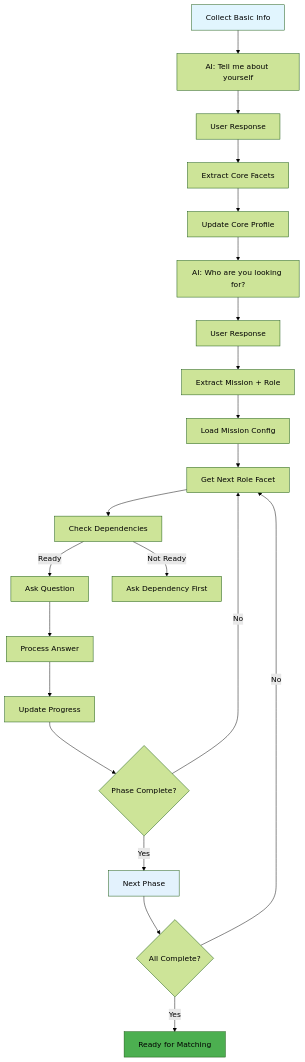
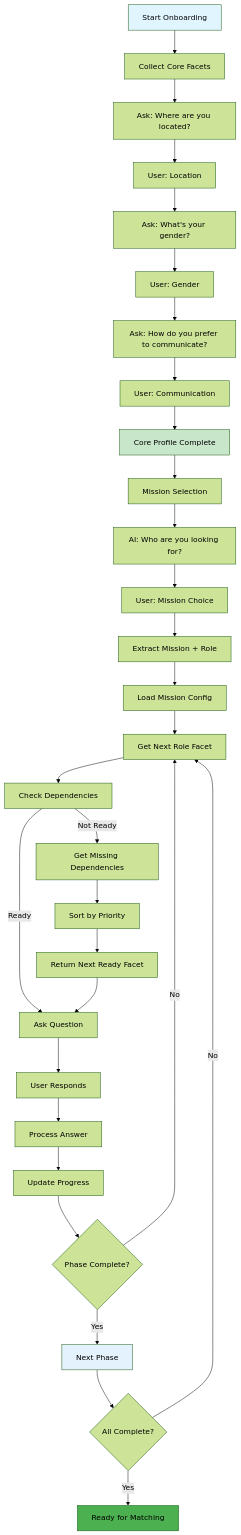
The second of 7 diagrams in README.md (bilalAIDeveloper/new-feat-test), drawn with Mermaid (forest theme) before and after one commit. The commit also changed other lines of this file, not shown here.

````diff
--- a/README.md
+++ b/README.md
@@ -20,27 +20,40 @@
 ```mermaid
 graph TD
-    A[Collect Basic Info] --> B[AI: Tell me about yourself]
-    B --> C[User Response]
-    C --> D[Extract Core Facets]
-    D --> E[Update Core Profile]
-    E --> F[AI: Who are you looking for?]
-    F --> G[User Response]
-    G --> H[Extract Mission + Role]
-    H --> I[Load Mission Config]
-    I --> J[Get Next Role Facet]
-    J --> K[Check Dependencies]
-    K -->|Ready| L[Ask Question]
-    K -->|Not Ready| M[Ask Dependency First]
-    L --> N[Process Answer]
-    N --> O[Update Progress]
-    O --> P{Phase Complete?}
-    P -->|Yes| Q[Next Phase]
-    P -->|No| J
-    Q --> R{All Complete?}
-    R -->|Yes| S[Ready for Matching]
-    R -->|No| J
+    A[Start Onboarding] --> B[Collect Core Facets]
+    B --> C[Ask: Where are you located?]
+    C --> D[User: Location]
+    D --> E[Ask: What's your gender?]
+    E --> F[User: Gender]
+    F --> G[Ask: How do you prefer to communicate?]
+    G --> H[User: Communication]
+    H --> I[Core Profile Complete]
+    
+    I --> J[Mission Selection]
+    J --> K[AI: Who are you looking for?]
+    K --> L[User: Mission Choice]
+    L --> M[Extract Mission + Role]
+    M --> N[Load Mission Config]
+    
+    N --> O[Get Next Role Facet]
+    O --> P[Check Dependencies]
+    P -->|Ready| Q[Ask Question]
+    P -->|Not Ready| R[Get Missing Dependencies]
+    R --> S[Sort by Priority]
+    S --> T[Return Next Ready Facet]
+    T --> Q
+    
+    Q --> U[User Responds]
+    U --> V[Process Answer]
+    V --> W[Update Progress]
+    W --> X{Phase Complete?}
+    X -->|Yes| Y[Next Phase]
+    X -->|No| O
+    Y --> Z{All Complete?}
+    Z -->|Yes| AA[Ready for Matching]
+    Z -->|No| O
     
     style A fill:#e1f5fe
-    style S fill:#4caf50
-    style Q fill:#e3f2fd
+    style AA fill:#4caf50
+    style I fill:#c8e6c9
+    style Y fill:#e3f2fd
 ```
````
